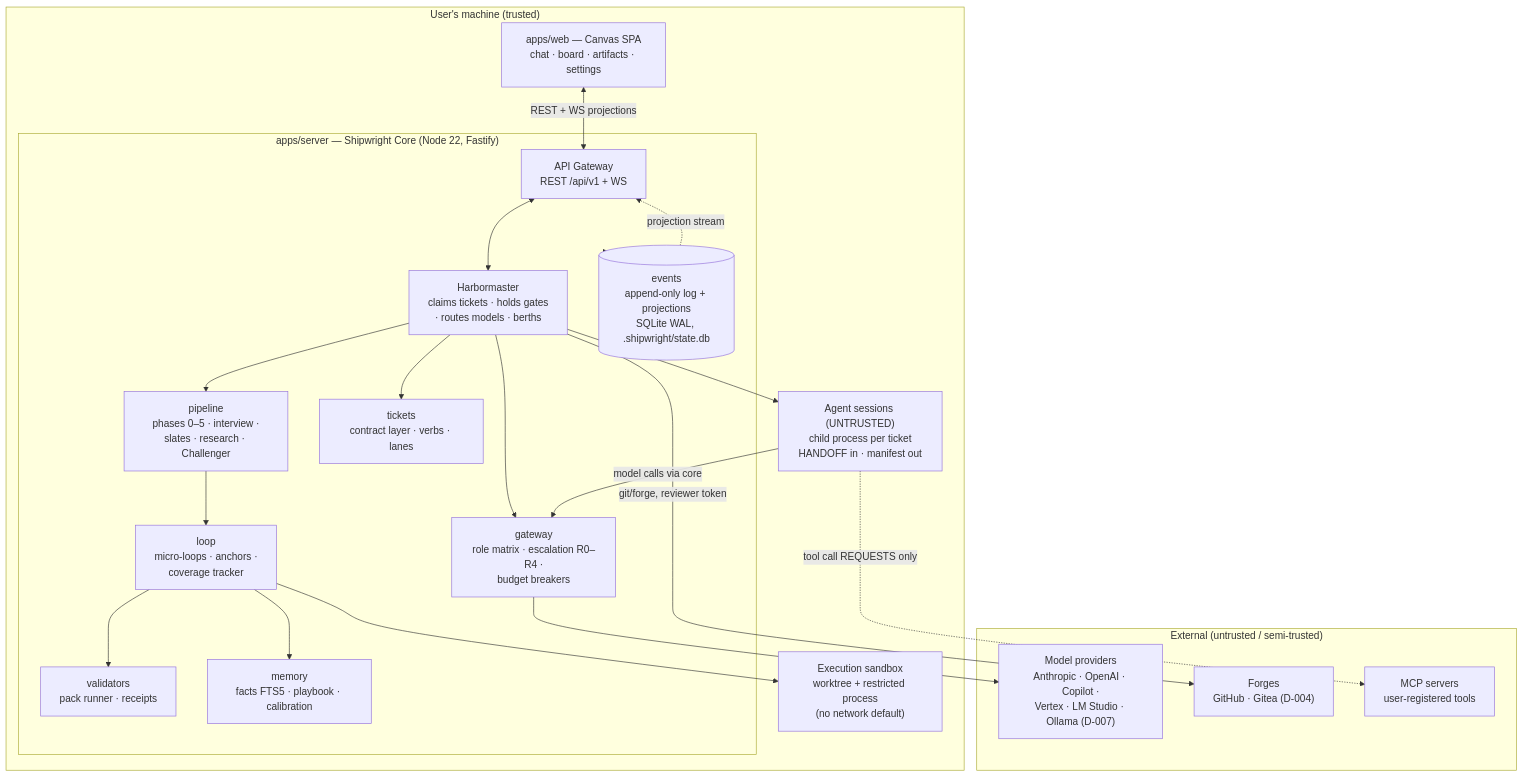
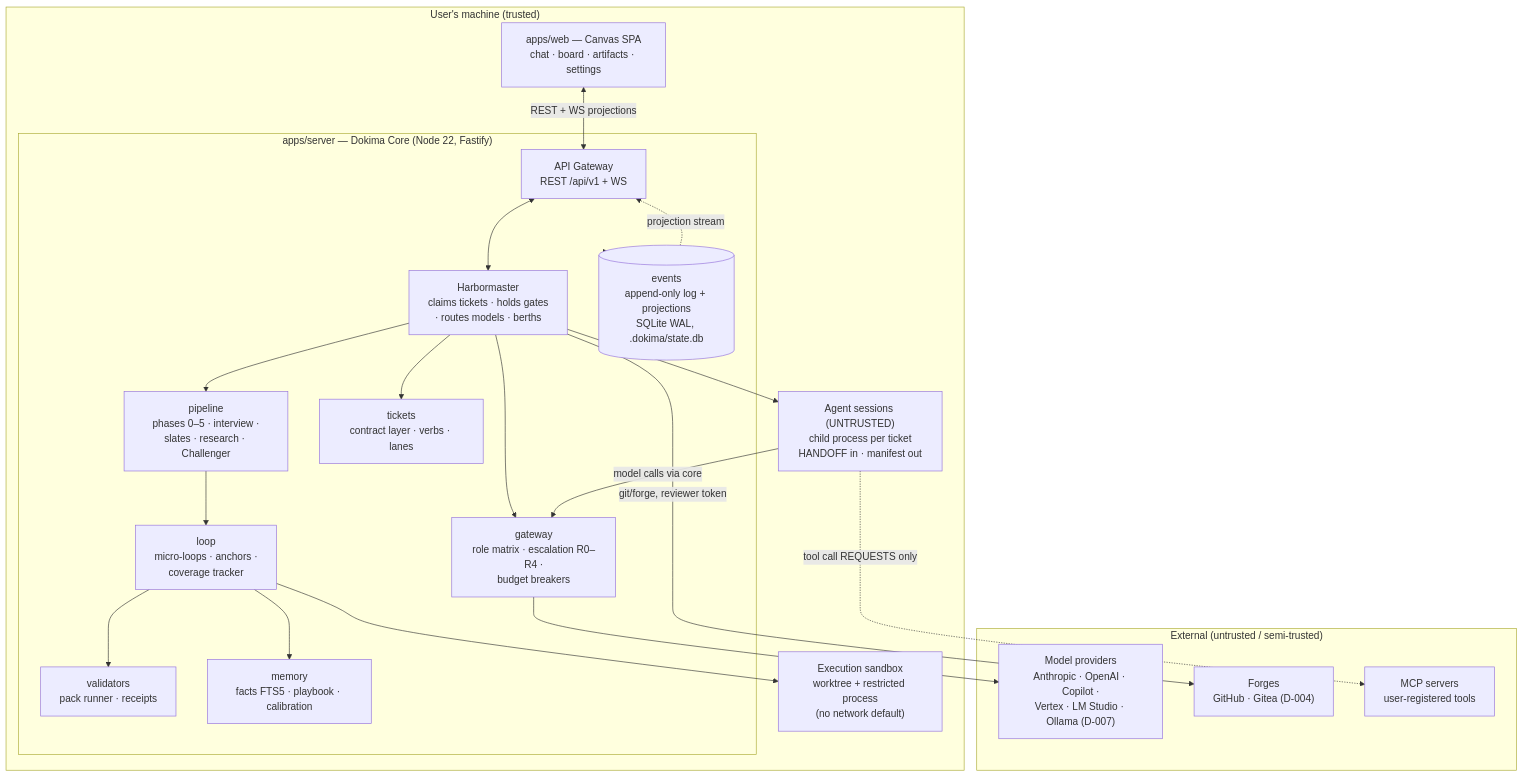
The first of 2 diagrams in docs/ARCHITECTURE.md (bpmforge/dokima), drawn with Mermaid before and after one commit. The commit also changed other lines of this file and 566 other files, not shown here.

First line of the commit message:
rename: Shipwright -> Dokima (D-021)

````diff
--- a/docs/ARCHITECTURE.md
+++ b/docs/ARCHITECTURE.md
@@ -11,37 +11,37 @@
 ```mermaid
 flowchart TB
     subgraph Local["User's machine (trusted)"]
       WEB["apps/web — Canvas SPA<br/>chat · board · artifacts · settings"]
-      subgraph Core["apps/server — Shipwright Core (Node 22, Fastify)"]
+      subgraph Core["apps/server — Dokima Core (Node 22, Fastify)"]
         API["API Gateway<br/>REST /api/v1 + WS"]
         HM["Harbormaster<br/>claims tickets · holds gates<br/>· routes models · berths"]
         PIPE["pipeline<br/>phases 0–5 · interview ·<br/>slates · research · Challenger"]
         LOOP["loop<br/>micro-loops · anchors ·<br/>coverage tracker"]
         TICK["tickets<br/>contract layer · verbs · lanes"]
         VAL["validators<br/>pack runner · receipts"]
         GW["gateway<br/>role matrix · escalation R0–R4 ·<br/>budget breakers"]
         MEM["memory<br/>facts FTS5 · playbook · calibration"]
-        EVT[("events<br/>append-only log + projections<br/>SQLite WAL, .shipwright/state.db")]
+        EVT[("events<br/>append-only log + projections<br/>SQLite WAL, .dokima/state.db")]
       end
       SBX["Execution sandbox<br/>worktree + restricted process<br/>(no network default)"]
       AS["Agent sessions (UNTRUSTED)<br/>child process per ticket<br/>HANDOFF in · manifest out"]
     end
     subgraph Ext["External (untrusted / semi-trusted)"]
       PROV["Model providers<br/>Anthropic · OpenAI · Copilot ·<br/>Vertex · LM Studio · Ollama (D-007)"]
       FORGE["Forges<br/>GitHub · Gitea (D-004)"]
       MCPS["MCP servers<br/>user-registered tools"]
     end
     WEB <-->|REST + WS projections| API
     API <--> HM
     HM --> PIPE & TICK & GW
     PIPE --> LOOP
     LOOP --> VAL & MEM
     HM --> AS
     AS -->|model calls via core| GW
     GW --> PROV
     LOOP --> SBX
     HM -->|git/forge, reviewer token| FORGE
     AS -.->|tool call REQUESTS only| MCPS
     Core --> EVT
     EVT -.->|projection stream| API
 ```
````
